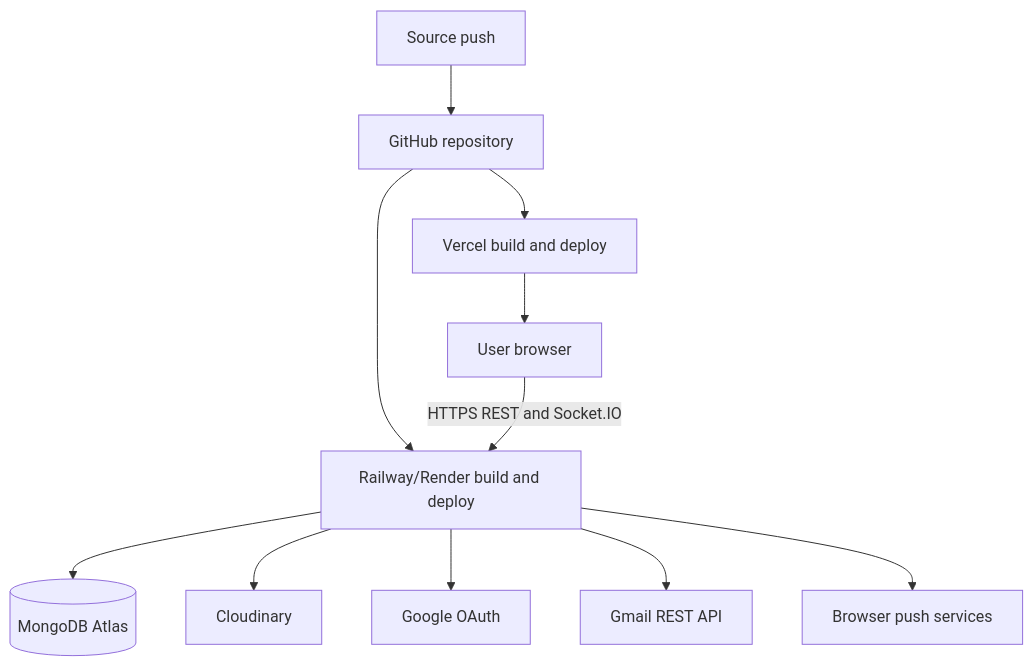
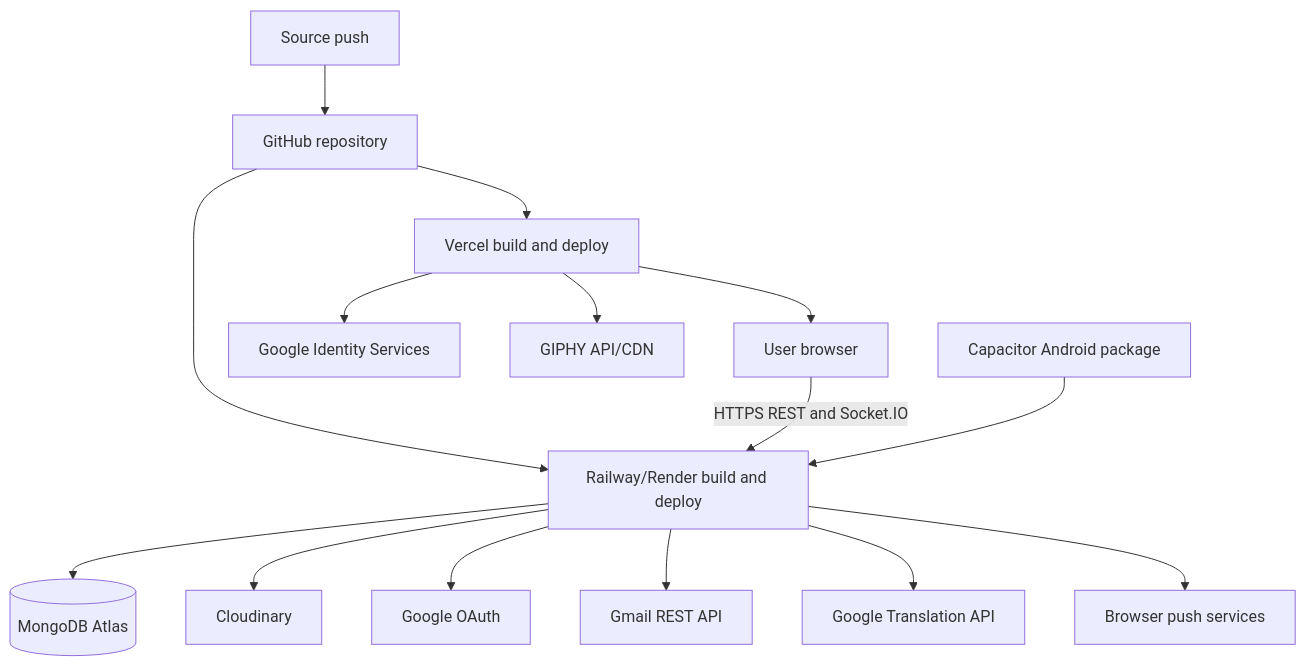
The seventh of 7 diagrams in docs/02-system-architecture.md (Saurav11343/click-chat), drawn with Mermaid before and after one commit. The commit also changed other lines of this file and 11 other files, not shown here.

Commit message:
update diagrams

````diff
--- a/docs/02-system-architecture.md
+++ b/docs/02-system-architecture.md
@@ -171,13 +184,17 @@
 ```mermaid
 flowchart TD
     DEV["Source push"] --> GH["GitHub repository"]
     GH --> VE["Vercel build and deploy"]
     GH --> RW["Railway/Render build and deploy"]
     VE --> BR["User browser"]
     BR -->|"HTTPS REST and Socket.IO"| RW
     RW --> MA[("MongoDB Atlas")]
     RW --> CL["Cloudinary"]
     RW --> GO["Google OAuth"]
     RW --> GM["Gmail REST API"]
+    RW --> TR["Google Translation API"]
     RW --> PS["Browser push services"]
+    VE --> GI["Google Identity Services"]
+    VE --> GIPHY["GIPHY API/CDN"]
+    APK["Capacitor Android package"] --> RW
 ```
````
